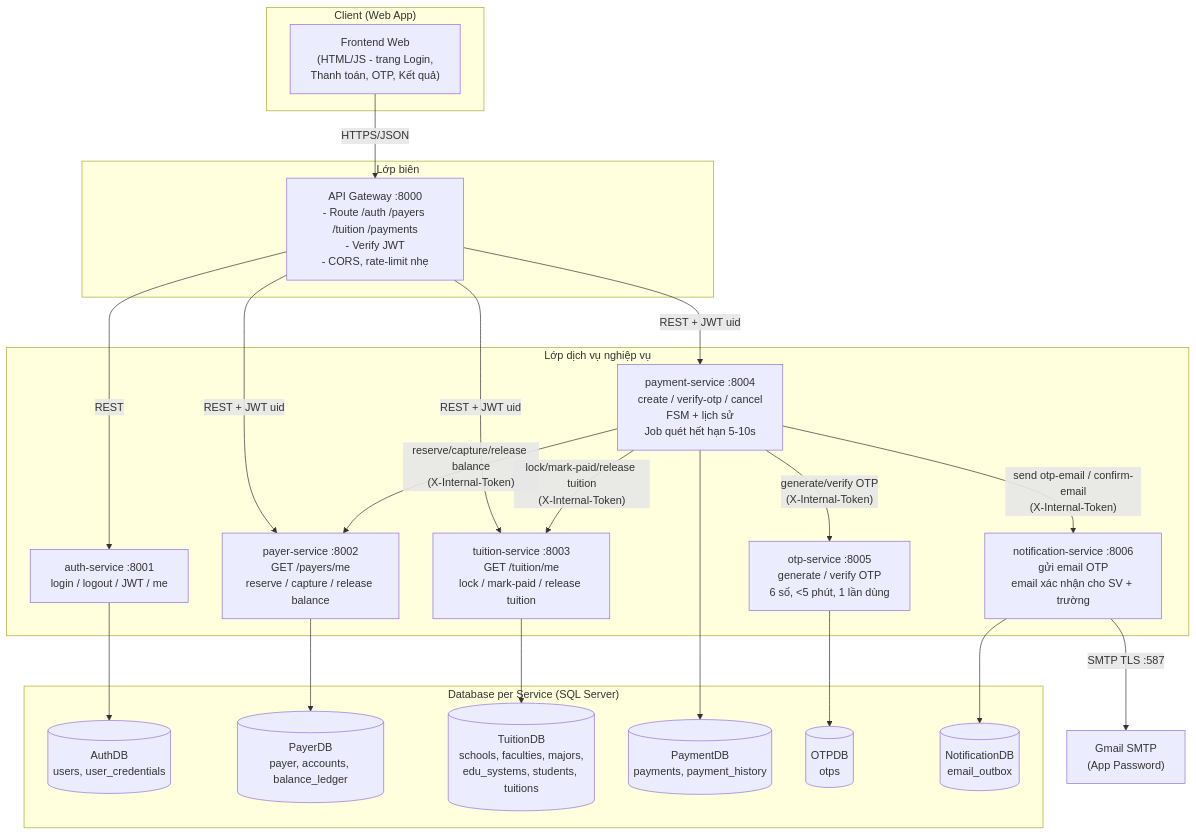
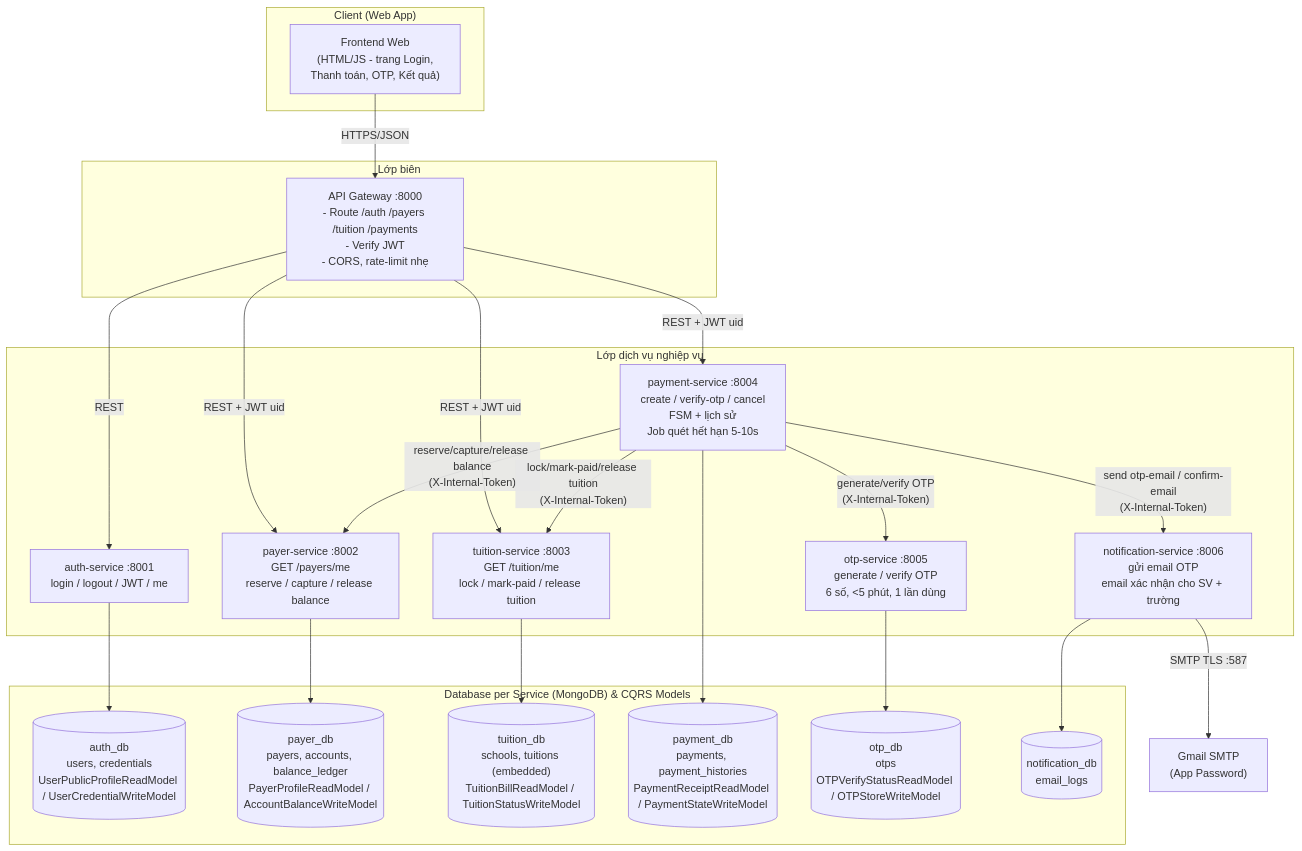
The second of 3 diagrams in docs/02-kien-truc-microservices.md (Katie-217/ibanking_tuition_payment_subsystem), drawn with Mermaid before and after one commit. The commit also changed other lines of this file and 6 other files, not shown here.

Commit message:
docs(architecture): update system design and setup documentation

````diff
--- a/docs/02-kien-truc-microservices.md
+++ b/docs/02-kien-truc-microservices.md
@@ -82,49 +82,49 @@
 ```mermaid
 flowchart TB
     subgraph Client["Client (Web App)"]
         FE["Frontend Web<br/>(HTML/JS - trang Login,<br/>Thanh toán, OTP, Kết quả)"]
     end
 
     subgraph Edge["Lớp biên"]
         GW["API Gateway :8000<br/>- Route /auth /payers /tuition /payments<br/>- Verify JWT<br/>- CORS, rate-limit nhẹ"]
     end
 
     subgraph Core["Lớp dịch vụ nghiệp vụ"]
         AUTH["auth-service :8001<br/>login / logout / JWT / me"]
         PAYER["payer-service :8002<br/>GET /payers/me<br/>reserve / capture / release balance"]
         TUITION["tuition-service :8003<br/>GET /tuition/me<br/>lock / mark-paid / release tuition"]
         PAYMENT["payment-service :8004<br/>create / verify-otp / cancel<br/>FSM + lịch sử<br/>Job quét hết hạn 5-10s"]
         OTP["otp-service :8005<br/>generate / verify OTP<br/>6 số, <5 phút, 1 lần dùng"]
         NOTIF["notification-service :8006<br/>gửi email OTP<br/>email xác nhận cho SV + trường"]
     end
 
-    subgraph Data["Database per Service (SQL Server)"]
-        DB_AUTH[("AuthDB<br/>users, user_credentials")]
-        DB_PAYER[("PayerDB<br/>payer, accounts, balance_ledger")]
-        DB_TUITION[("TuitionDB<br/>schools, faculties, majors,<br/>edu_systems, students, tuitions")]
-        DB_PAYMENT[("PaymentDB<br/>payments, payment_history")]
-        DB_OTP[("OTPDB<br/>otps")]
-        DB_NOTIF[("NotificationDB<br/>email_outbox")]
+    subgraph Data["Database per Service (MongoDB) & CQRS Models"]
+        DB_AUTH[("auth_db<br/>users, credentials<br/>UserPublicProfileReadModel / UserCredentialWriteModel")]
+        DB_PAYER[("payer_db<br/>payers, accounts, balance_ledger<br/>PayerProfileReadModel / AccountBalanceWriteModel")]
+        DB_TUITION[("tuition_db<br/>schools, tuitions (embedded)<br/>TuitionBillReadModel / TuitionStatusWriteModel")]
+        DB_PAYMENT[("payment_db<br/>payments, payment_histories<br/>PaymentReceiptReadModel / PaymentStateWriteModel")]
+        DB_OTP[("otp_db<br/>otps<br/>OTPVerifyStatusReadModel / OTPStoreWriteModel")]
+        DB_NOTIF[("notification_db<br/>email_logs")]
     end
 
     EXT["Gmail SMTP<br/>(App Password)"]
 
     FE -->|"HTTPS/JSON"| GW
     GW -->|"REST"| AUTH
     GW -->|"REST + JWT uid"| PAYER
     GW -->|"REST + JWT uid"| TUITION
     GW -->|"REST + JWT uid"| PAYMENT
 
     PAYMENT -->|"reserve/capture/release balance<br/>(X-Internal-Token)"| PAYER
     PAYMENT -->|"lock/mark-paid/release tuition<br/>(X-Internal-Token)"| TUITION
     PAYMENT -->|"generate/verify OTP<br/>(X-Internal-Token)"| OTP
     PAYMENT -->|"send otp-email / confirm-email<br/>(X-Internal-Token)"| NOTIF
 
     AUTH --> DB_AUTH
     PAYER --> DB_PAYER
     TUITION --> DB_TUITION
     PAYMENT --> DB_PAYMENT
     OTP --> DB_OTP
     NOTIF --> DB_NOTIF
     NOTIF -->|"SMTP TLS :587"| EXT
 ```
````
